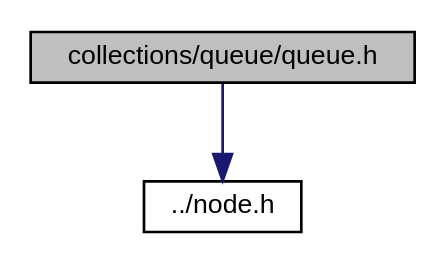
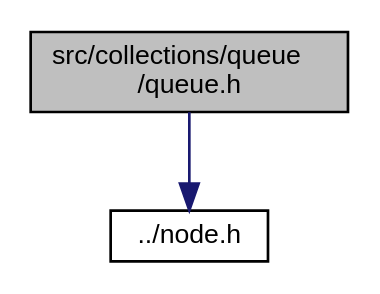
Before and after one commit to N1ghtF1re/C-Collections: the diagram in docs/docspages/queue_8h__incl.dot, drawn with Graphviz. The commit also changed 174 other files, not shown here.

```diff
--- a/docs/docspages/queue_8h__incl.dot
+++ b/docs/docspages/queue_8h__incl.dot
@@ -1,8 +1,8 @@
-digraph "collections/queue/queue.h"
+digraph "src/collections/queue/queue.h"
 {
   edge [fontname="Helvetica",fontsize="10",labelfontname="Helvetica",labelfontsize="10"];
   node [fontname="Helvetica",fontsize="10",shape=record];
-  Node0 [label="collections/queue/queue.h",height=0.2,width=0.4,color="black", fillcolor="grey75", style="filled", fontcolor="black"];
+  Node0 [label="src/collections/queue\l/queue.h",height=0.2,width=0.4,color="black", fillcolor="grey75", style="filled", fontcolor="black"];
   Node0 -> Node1 [color="midnightblue",fontsize="10",style="solid",fontname="Helvetica"];
   Node1 [label="../node.h",height=0.2,width=0.4,color="black", fillcolor="white", style="filled",URL="$node_8h.html"];
 }
```
